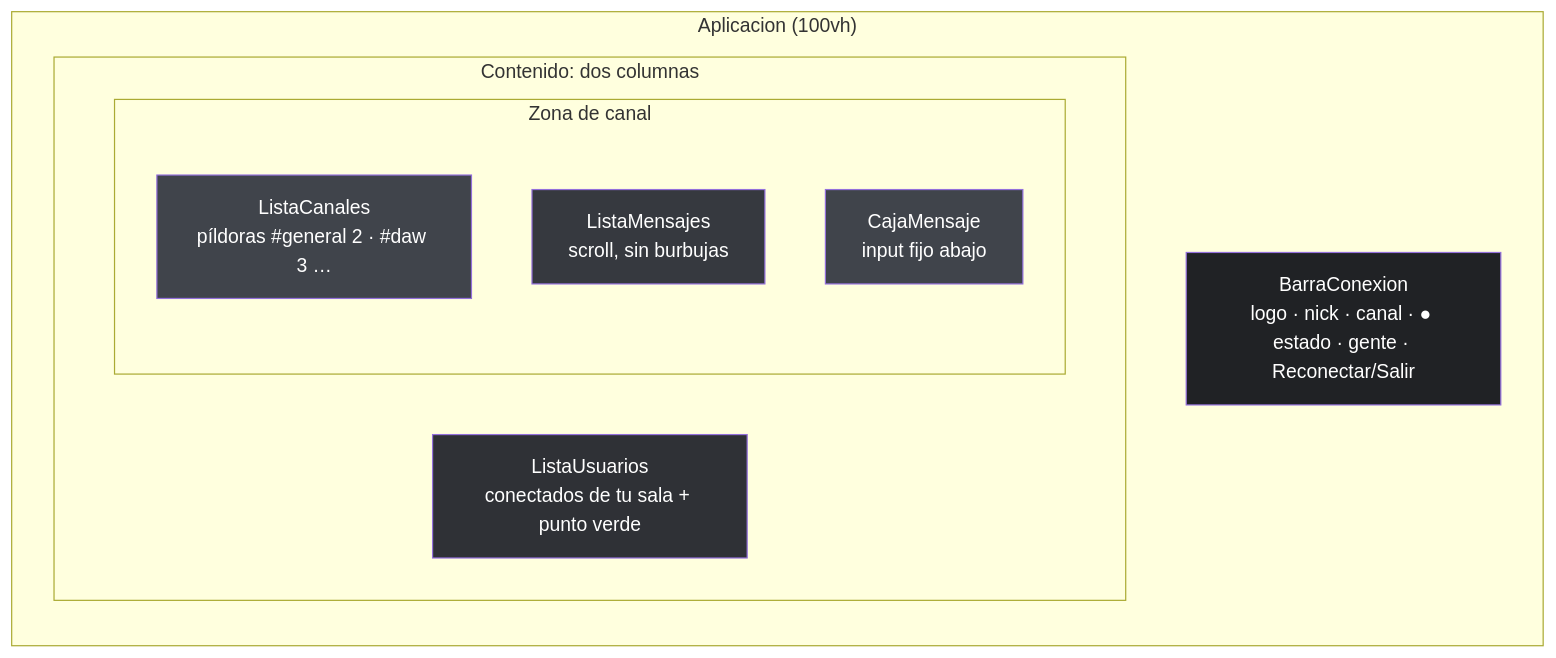
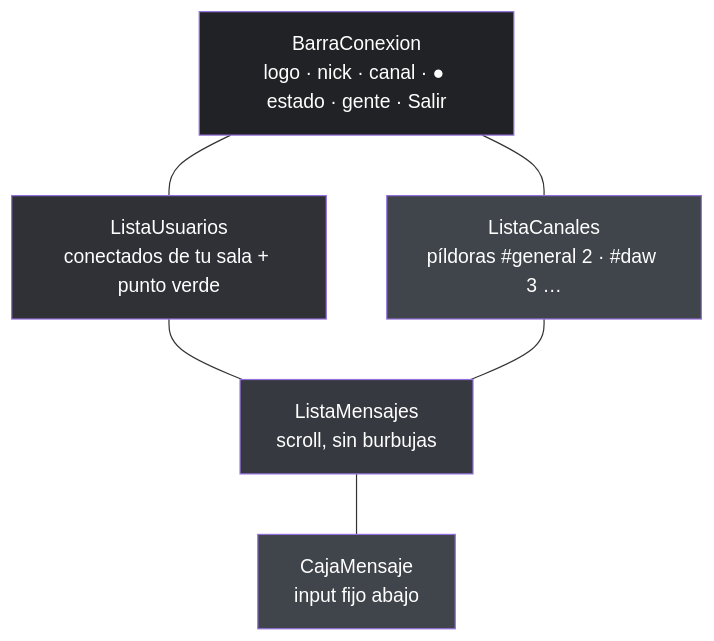
The third of 11 diagrams in docs/03-cliente-blazor.md (joseluisgs/AulaChatNet), drawn with Mermaid before and after one commit. The commit also changed other lines of this file, not shown here.

````diff
--- a/docs/03-cliente-blazor.md
+++ b/docs/03-cliente-blazor.md
@@ -85,23 +132,20 @@
 ```mermaid
 flowchart TD
-    subgraph App["Aplicacion (100vh)"]
-        direction TB
-        B["BarraConexion<br/>logo · nick · canal · ● estado · gente · Reconectar/Salir"]
-        subgraph Cuerpo["Contenido: dos columnas"]
-            direction LR
-            U["ListaUsuarios<br/>conectados de tu sala + punto verde"]
-            subgraph Canal["Zona de canal"]
-                direction TB
-                P["ListaCanales<br/>píldoras #general 2 · #daw 3 …"]
-                M["ListaMensajes<br/>scroll, sin burbujas"]
-                C["CajaMensaje<br/>input fijo abajo"]
-            end
-        end
-    end
+    B["BarraConexion<br/>logo · nick · canal · ● estado · gente · Salir"]
+    U["ListaUsuarios<br/>conectados de tu sala + punto verde"]
+    P["ListaCanales<br/>píldoras #general 2 · #daw 3 …"]
+    M["ListaMensajes<br/>scroll, sin burbujas"]
+    C["CajaMensaje<br/>input fijo abajo"]
+
+    B --- U
+    B --- P
+    U --- M
+    P --- M
+    M --- C
 
     style B fill:#202225,color:#fff
     style U fill:#2f3136,color:#fff
     style P fill:#40444b,color:#fff
     style M fill:#36393f,color:#fff
     style C fill:#40444b,color:#fff
 ```
````
